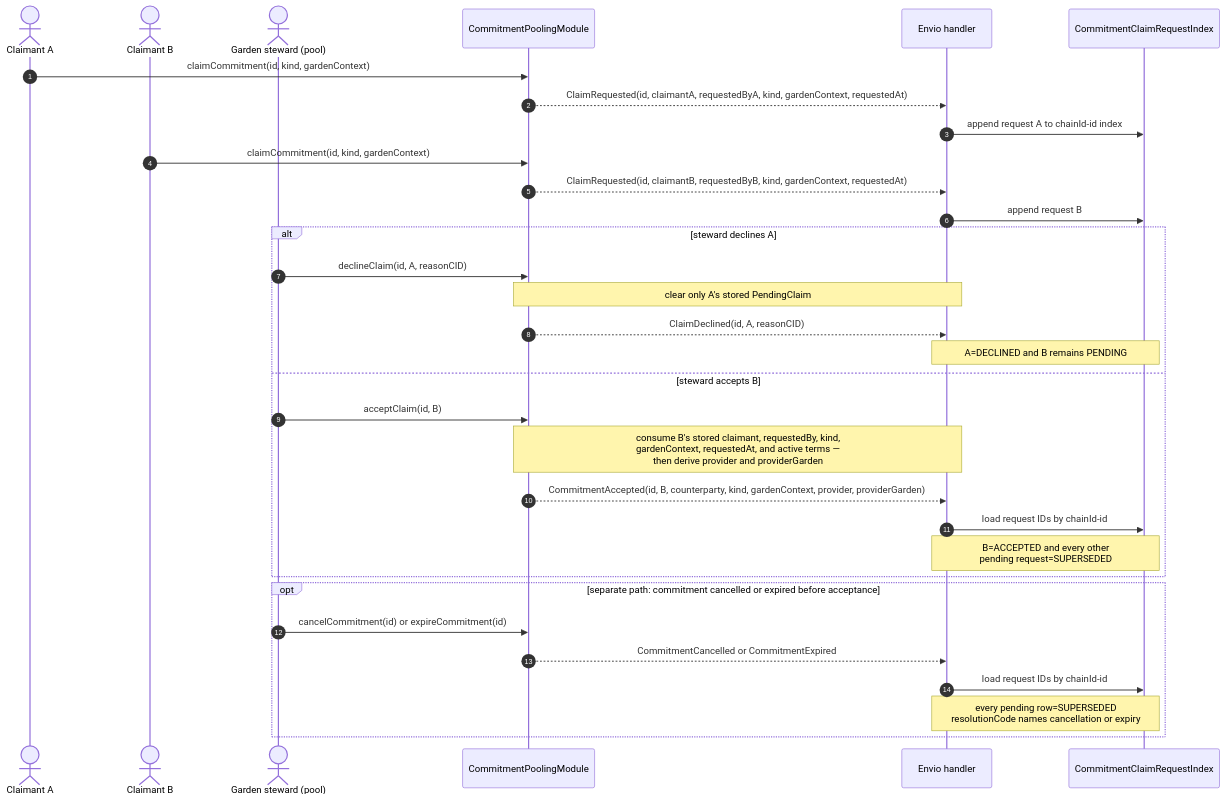
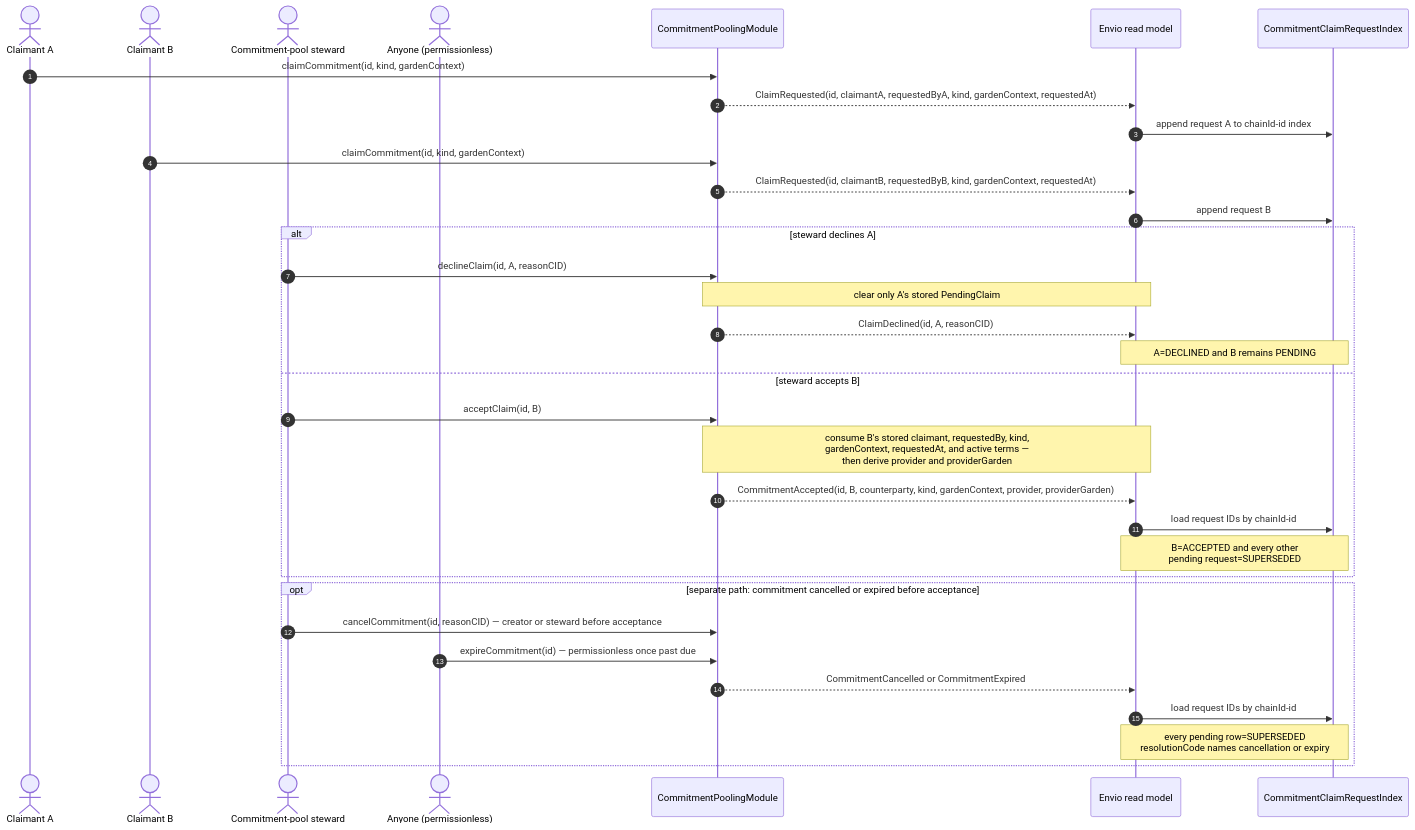
Before and after one commit to greenpill-dev-guild/green-goods: diagram 17 of 20 in .plans/active/commitment-pooling/diagrams.md, drawn with Mermaid. The commit also changed other lines of this file, not shown here.

First line of the commit message:
docs(plans): align commitment pooling diagrams with the frozen specs

````diff
--- a/.plans/active/commitment-pooling/diagrams.md
+++ b/.plans/active/commitment-pooling/diagrams.md
@@ -956,35 +1031,37 @@
 ```mermaid
 sequenceDiagram
   autonumber
   actor A as Claimant A
   actor B as Claimant B
-  actor OP as Garden steward (pool)
+  actor OP as Commitment-pool steward
+  actor ANY as Anyone (permissionless)
   participant M as CommitmentPoolingModule
-  participant IDX as Envio handler
+  participant IDX as Envio read model
   participant RI as CommitmentClaimRequestIndex
 
   A->>M: claimCommitment(id, kind, gardenContext)
   M-->>IDX: ClaimRequested(id, claimantA, requestedByA, kind, gardenContext, requestedAt)
   IDX->>RI: append request A to chainId-id index
   B->>M: claimCommitment(id, kind, gardenContext)
   M-->>IDX: ClaimRequested(id, claimantB, requestedByB, kind, gardenContext, requestedAt)
   IDX->>RI: append request B
   alt steward declines A
     OP->>M: declineClaim(id, A, reasonCID)
     Note over M,IDX: clear only A's stored PendingClaim
     M-->>IDX: ClaimDeclined(id, A, reasonCID)
     Note over IDX,RI: A=DECLINED and B remains PENDING
   else steward accepts B
     OP->>M: acceptClaim(id, B)
     Note over M,IDX: consume B's stored claimant, requestedBy, kind,<br/>gardenContext, requestedAt, and active terms —<br/>then derive provider and providerGarden
     M-->>IDX: CommitmentAccepted(id, B, counterparty, kind, gardenContext, provider, providerGarden)
     IDX->>RI: load request IDs by chainId-id
     Note over IDX,RI: B=ACCEPTED and every other<br/>pending request=SUPERSEDED
   end
   opt separate path: commitment cancelled or expired before acceptance
-    OP->>M: cancelCommitment(id) or expireCommitment(id)
+    OP->>M: cancelCommitment(id, reasonCID) — creator or steward before acceptance
+    ANY->>M: expireCommitment(id) — permissionless once past due
     M-->>IDX: CommitmentCancelled or CommitmentExpired
     IDX->>RI: load request IDs by chainId-id
     Note over IDX,RI: every pending row=SUPERSEDED<br/>resolutionCode names cancellation or expiry
   end
 ```
````
